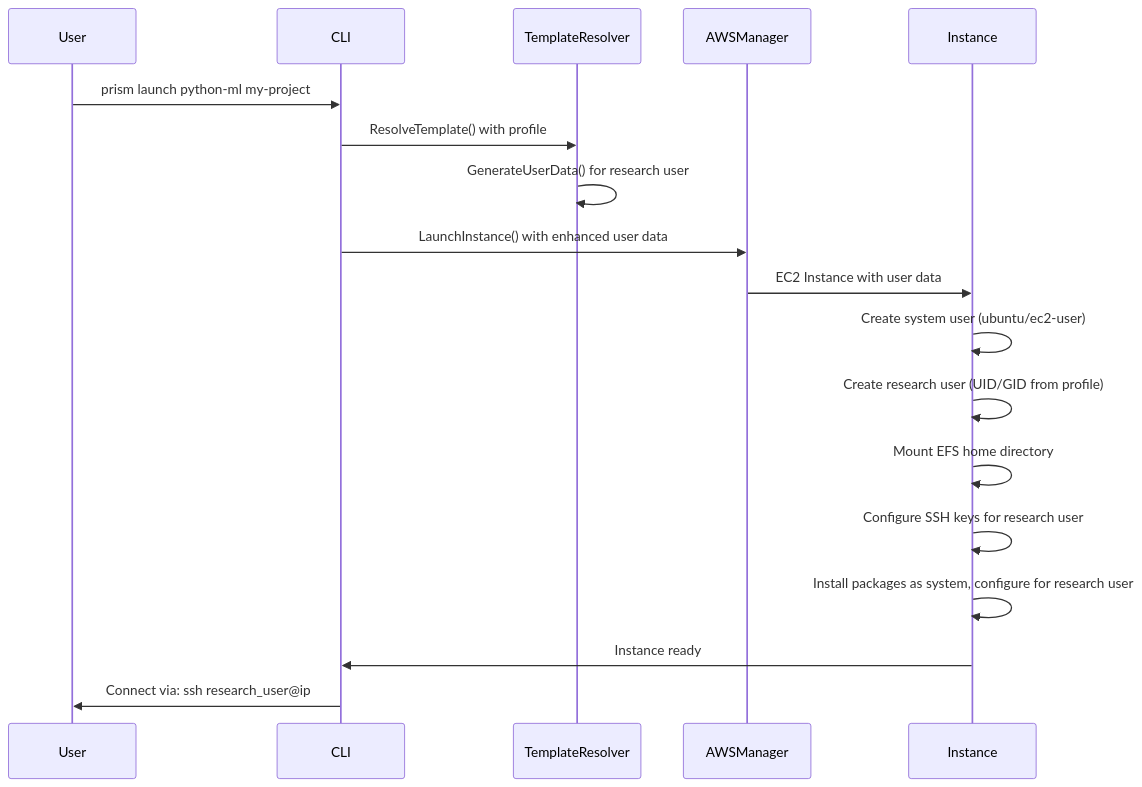
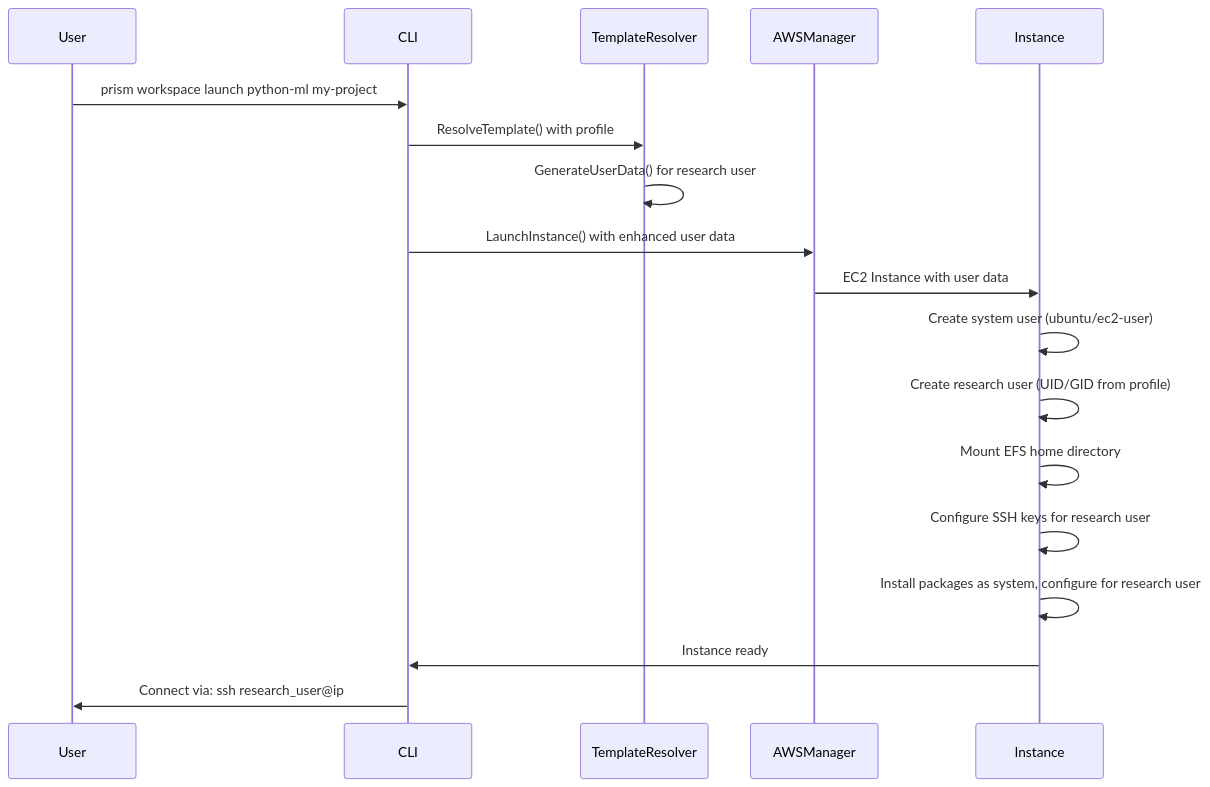
Before and after one commit to jwbowers/prism: the second of 2 diagrams in docs/architecture/RESEARCH_USER_ARCHITECTURE.md, drawn with Mermaid. The commit also changed 66 other files, not shown here.

````diff
--- a/docs/architecture/RESEARCH_USER_ARCHITECTURE.md
+++ b/docs/architecture/RESEARCH_USER_ARCHITECTURE.md
@@ -143,22 +143,22 @@
 ```mermaid
 sequenceDiagram
     participant User
     participant CLI
     participant TemplateResolver
     participant AWSManager
     participant Instance
     
-    User->>CLI: prism launch python-ml my-project
+    User->>CLI: prism workspace launch python-ml my-project
     CLI->>TemplateResolver: ResolveTemplate() with profile
     TemplateResolver->>TemplateResolver: GenerateUserData() for research user
     CLI->>AWSManager: LaunchInstance() with enhanced user data
     
     AWSManager->>Instance: EC2 Instance with user data
     Instance->>Instance: Create system user (ubuntu/ec2-user)
     Instance->>Instance: Create research user (UID/GID from profile)
     Instance->>Instance: Mount EFS home directory
     Instance->>Instance: Configure SSH keys for research user
     Instance->>Instance: Install packages as system, configure for research user
     Instance->>CLI: Instance ready
     CLI->>User: Connect via: ssh research_user@ip
 ```
````
